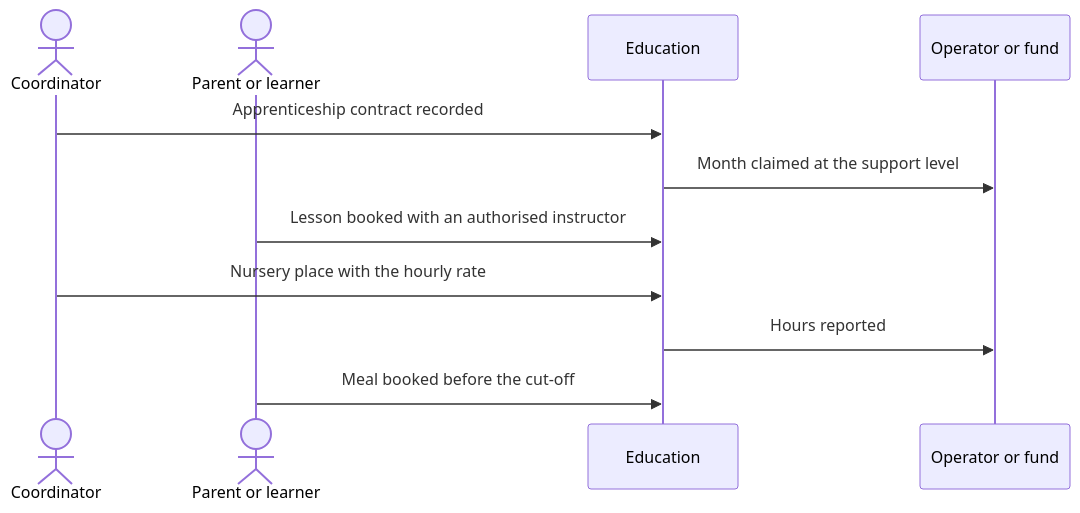
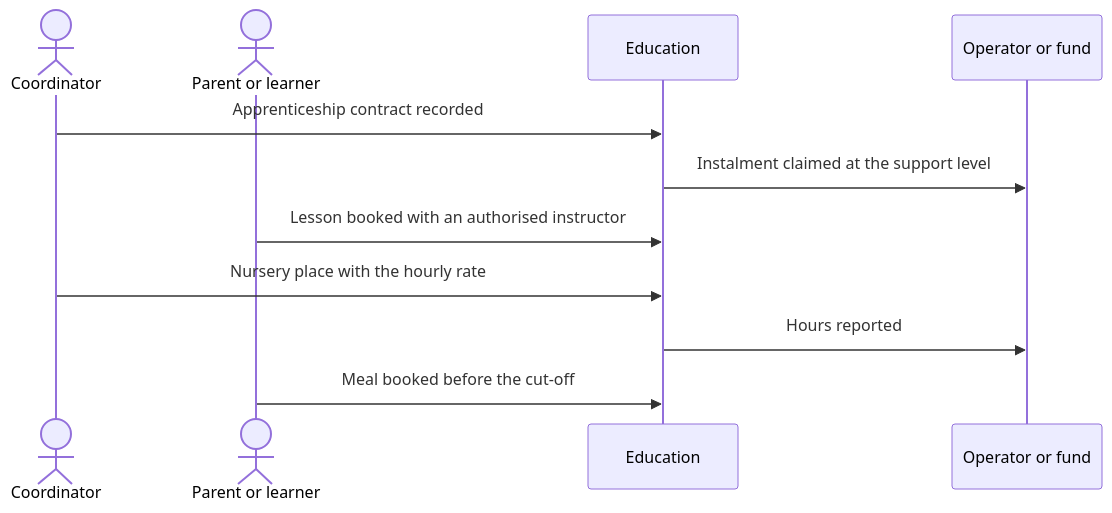
The second of 2 diagrams in docs/specs/08-sectors/sc12-education-and-training/flows/fl-sc12-06-apprentices-driving-nurseries-and-canteens.md (gpbcom/SimpleERP), drawn with Mermaid before and after one commit. The commit also changed other lines of this file and 8816 other files, not shown here.

````diff
--- a/docs/specs/08-sectors/sc12-education-and-training/flows/fl-sc12-06-apprentices-driving-nurseries-and-canteens.md
+++ b/docs/specs/08-sectors/sc12-education-and-training/flows/fl-sc12-06-apprentices-driving-nurseries-and-canteens.md
@@ -48,13 +48,13 @@
 ```mermaid
 sequenceDiagram
   actor C as Coordinator
   actor P as Parent or learner
   participant E as Education
   participant O as Operator or fund
   C->>E: Apprenticeship contract recorded
-  E->>O: Month claimed at the support level
+  E->>O: Instalment claimed at the support level
   P->>E: Lesson booked with an authorised instructor
   C->>E: Nursery place with the hourly rate
   E->>O: Hours reported
   P->>E: Meal booked before the cut-off
 ```
````
